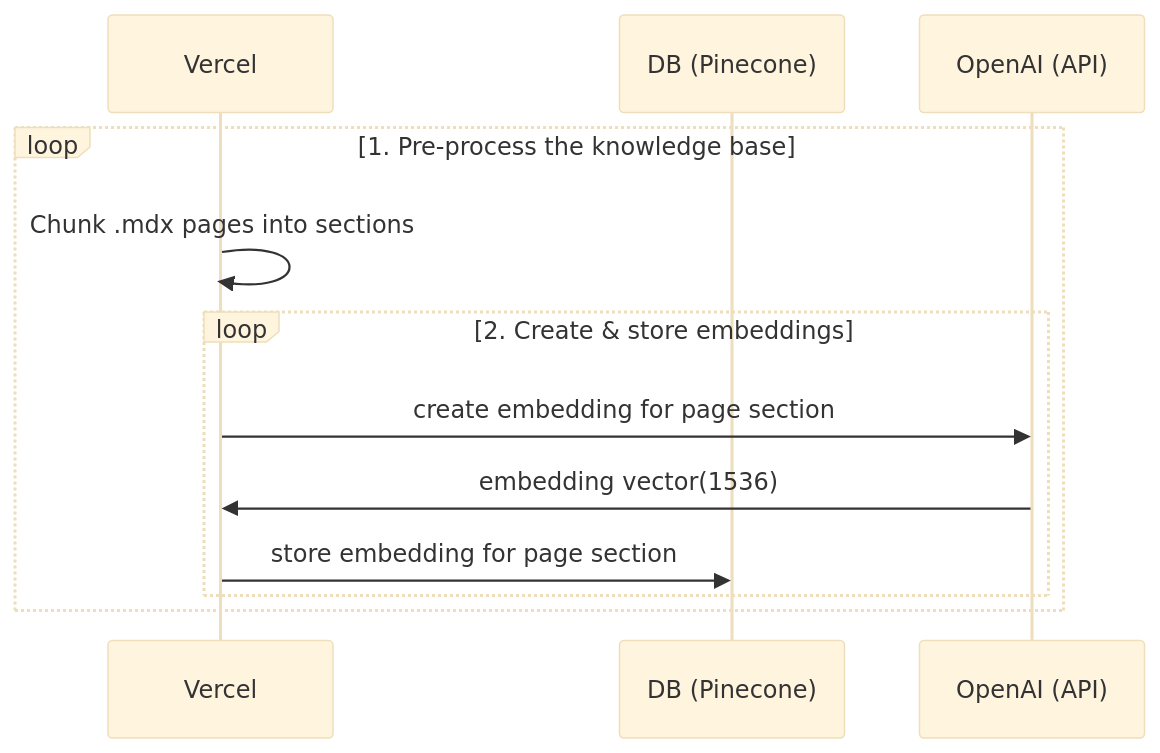
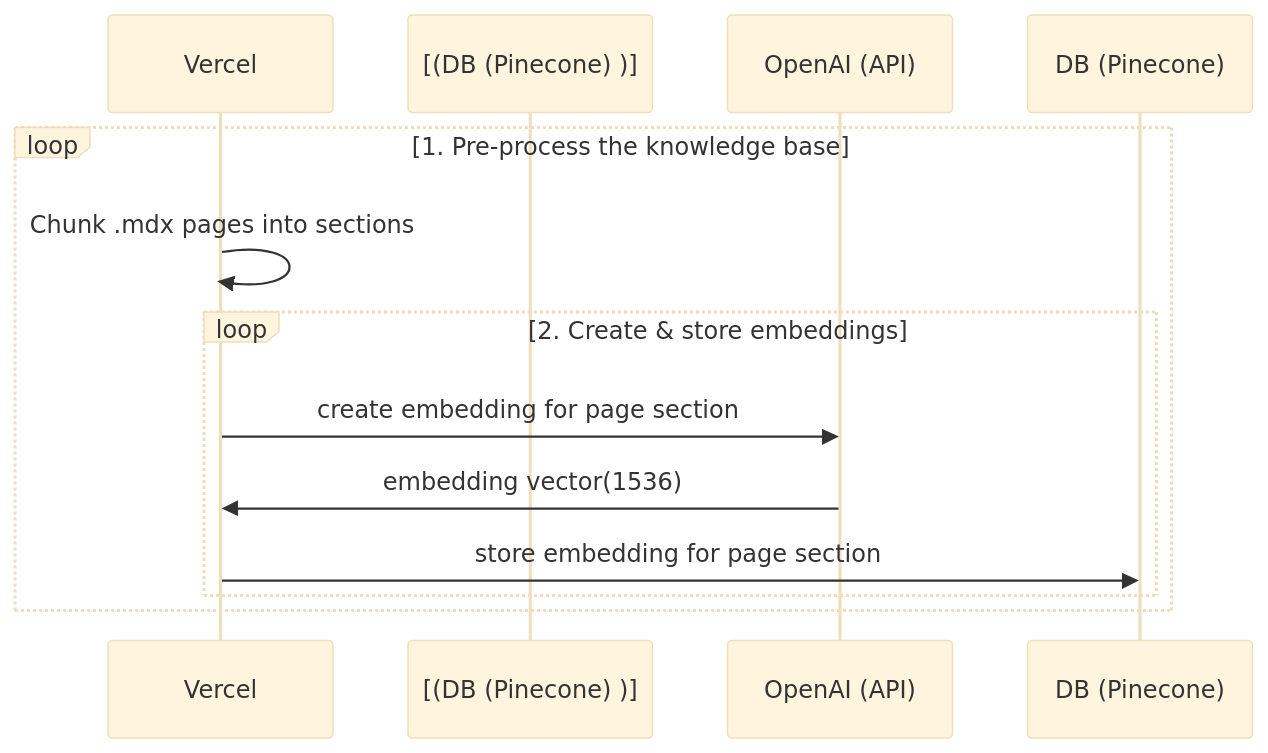
One commit to richafltr/StellarGPT changed the diagram in README.md. Above: the diagram before and after it, drawn with Mermaid (base theme).

````diff
--- a/README.md
+++ b/README.md
@@ -25,15 +25,15 @@
 ```mermaid
 
 sequenceDiagram
     participant Vercel
-    participant DB (Pinecone)
+    participant [(DB (Pinecone) )]
     participant OpenAI (API)
     loop 1. Pre-process the knowledge base
         Vercel->>Vercel: Chunk .mdx pages into sections
         loop 2. Create & store embeddings
             Vercel->>OpenAI (API): create embedding for page section
             OpenAI (API)->>Vercel: embedding vector(1536)
             Vercel->>DB (Pinecone): store embedding for page section
         end
     end
 ```
````
